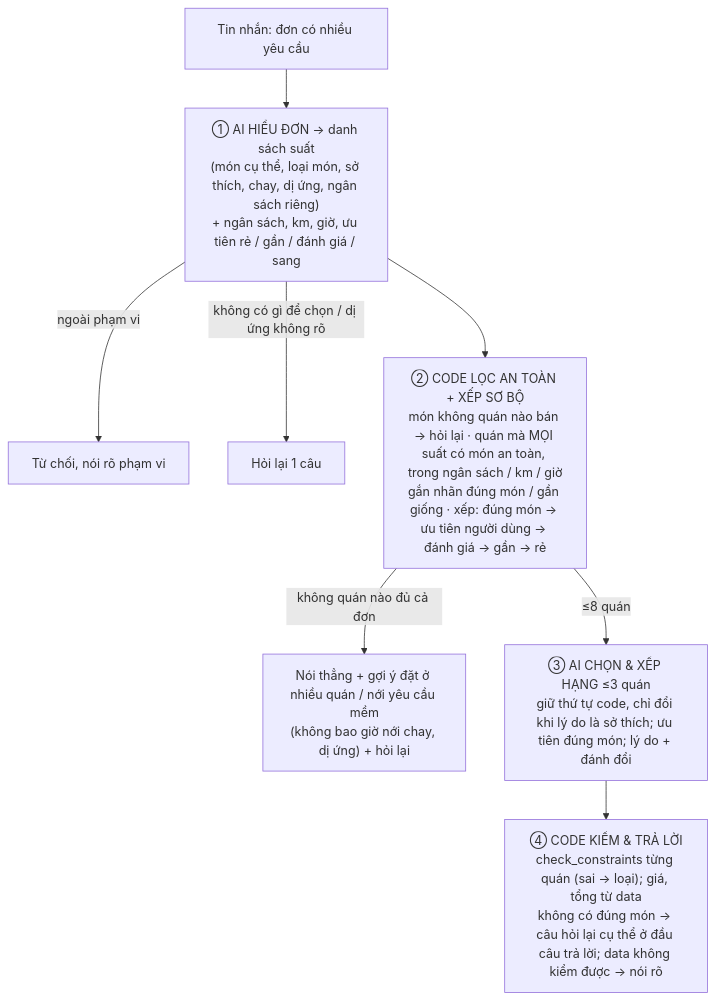
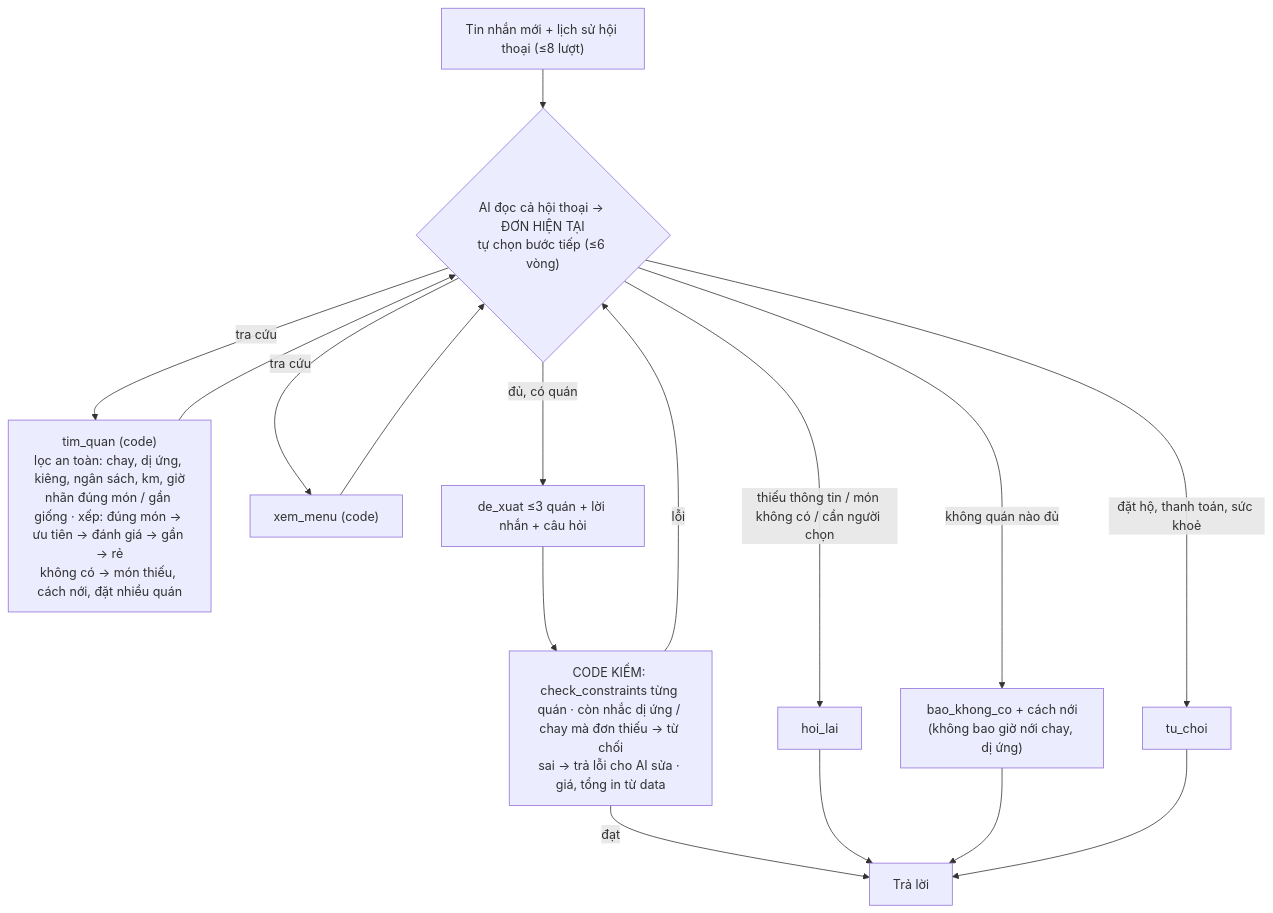
One commit to justapea25/K5-Day15-L3B-MALTO changed the diagram in spec.md. Above: the diagram before and after it, drawn with Mermaid. The commit also changed other lines of this file and 7 other files, not shown here.

Commit message:
Agent tự chọn bước (function calling): AI tự hỏi lại / tìm / gợi ý / báo không có / từ chối, nhớ lịch sử hội thoại; code vẫn lọc an toàn và kiểm phương án; luồng 4 bước giữ làm dự phòng

````diff
--- a/spec.md
+++ b/spec.md
@@ -46,10 +46,18 @@
 ```mermaid
 flowchart TD
-    U[Tin nhắn: đơn có nhiều yêu cầu] --> S1["① AI HIỂU ĐƠN → danh sách suất<br/>(món cụ thể, loại món, sở thích, chay, dị ứng, ngân sách riêng)<br/>+ ngân sách, km, giờ, ưu tiên rẻ / gần / đánh giá / sang"]
-    S1 -->|ngoài phạm vi| R1[Từ chối, nói rõ phạm vi]
-    S1 -->|không có gì để chọn / dị ứng không rõ| R2[Hỏi lại 1 câu]
-    S1 --> S2["② CODE LỌC AN TOÀN + XẾP SƠ BỘ<br/>món không quán nào bán → hỏi lại · quán mà MỌI suất có món an toàn, trong ngân sách / km / giờ<br/>gắn nhãn đúng món / gần giống · xếp: đúng món → ưu tiên người dùng → đánh giá → gần → rẻ"]
-    S2 -->|không quán nào đủ cả đơn| R3["Nói thẳng + gợi ý đặt ở nhiều quán / nới yêu cầu mềm<br/>(không bao giờ nới chay, dị ứng) + hỏi lại"]
-    S2 -->|≤8 quán| S3["③ AI CHỌN & XẾP HẠNG ≤3 quán<br/>giữ thứ tự code, chỉ đổi khi lý do là sở thích; ưu tiên đúng món; lý do + đánh đổi"]
-    S3 --> S4["④ CODE KIỂM & TRẢ LỜI<br/>check_constraints từng quán (sai → loại); giá, tổng từ data<br/>không có đúng món → câu hỏi lại cụ thể ở đầu câu trả lời; data không kiểm được → nói rõ"]
+    U["Tin nhắn mới + lịch sử hội thoại (≤8 lượt)"] --> M{"AI đọc cả hội thoại → ĐƠN HIỆN TẠI<br/>tự chọn bước tiếp (≤6 vòng)"}
+    M -->|tra cứu| T1["tim_quan (code)<br/>lọc an toàn: chay, dị ứng, kiêng, ngân sách, km, giờ<br/>nhãn đúng món / gần giống · xếp: đúng món → ưu tiên → đánh giá → gần → rẻ<br/>không có → món thiếu, cách nới, đặt nhiều quán"]
+    M -->|tra cứu| T2["xem_menu (code)"]
+    T1 --> M
+    T2 --> M
+    M -->|đủ, có quán| D["de_xuat ≤3 quán + lời nhắn + câu hỏi"]
+    M -->|thiếu thông tin / món không có / cần người chọn| H["hoi_lai"]
+    M -->|không quán nào đủ| K["bao_khong_co + cách nới<br/>(không bao giờ nới chay, dị ứng)"]
+    M -->|đặt hộ, thanh toán, sức khoẻ| R["tu_choi"]
+    D --> C["CODE KIỂM: check_constraints từng quán · còn nhắc dị ứng / chay mà đơn thiếu → từ chối<br/>sai → trả lỗi cho AI sửa · giá, tổng in từ data"]
+    C -->|lỗi| M
+    C -->|đạt| O[Trả lời]
+    H --> O
+    K --> O
+    R --> O
 ```
````
